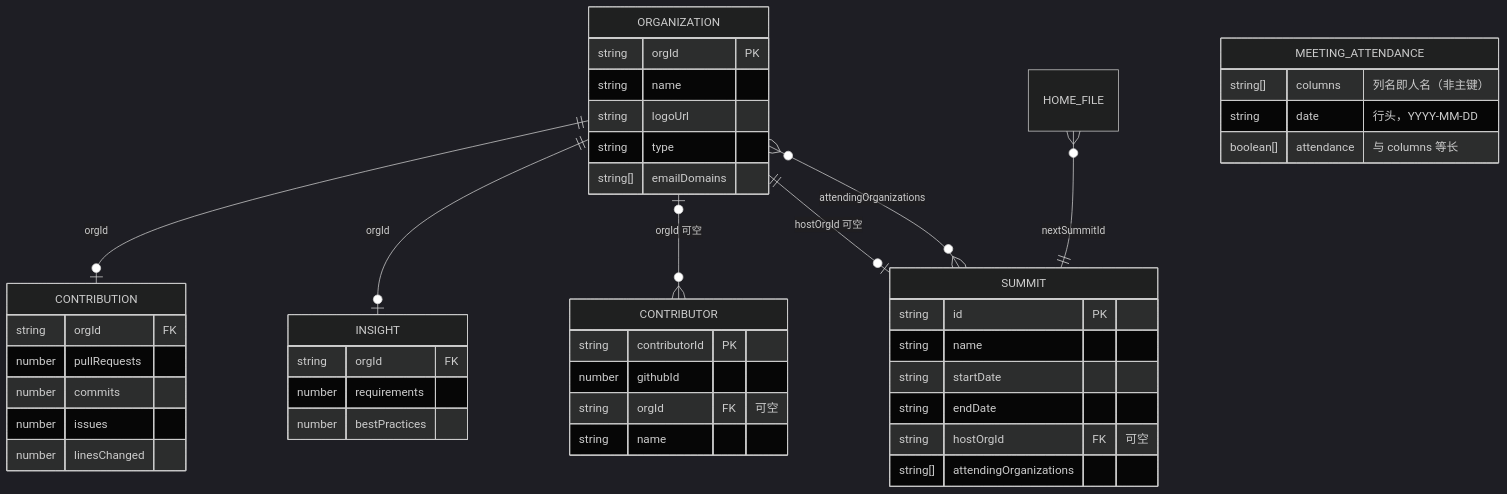
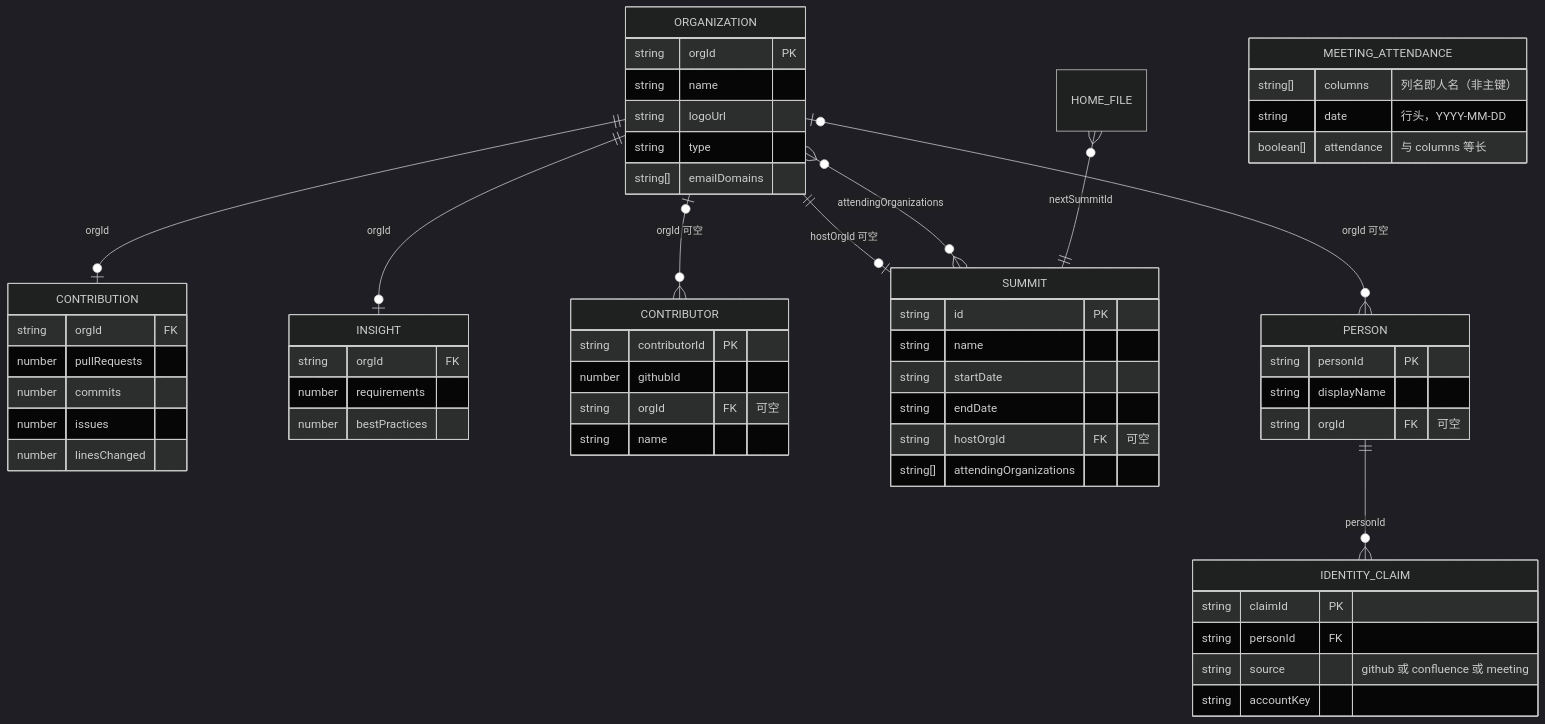
One commit to huang2001junjie-rgb/openan-operation-insights changed the diagram in docs/04-data-and-api-contract.md. Above: the diagram before and after it, drawn with Mermaid (dark theme). The commit also changed other lines of this file and 56 other files, not shown here.

````diff
--- a/docs/04-data-and-api-contract.md
+++ b/docs/04-data-and-api-contract.md
@@ -40,48 +44,61 @@
 ```mermaid
 erDiagram
   ORGANIZATION ||--o| CONTRIBUTION : "orgId"
   ORGANIZATION ||--o| INSIGHT : "orgId"
   ORGANIZATION |o--o{ CONTRIBUTOR : "orgId 可空"
   ORGANIZATION ||--o| SUMMIT : "hostOrgId 可空"
   ORGANIZATION }o--o{ SUMMIT : "attendingOrganizations"
   HOME_FILE }o--|| SUMMIT : "nextSummitId"
+  ORGANIZATION |o--o{ PERSON : "orgId 可空"
+  PERSON ||--o{ IDENTITY_CLAIM : "personId"
 
   ORGANIZATION {
     string orgId PK
     string name
     string logoUrl
     string type
     string[] emailDomains
   }
   CONTRIBUTION {
     string orgId FK
     number pullRequests
     number commits
     number issues
     number linesChanged
   }
   INSIGHT {
     string orgId FK
     number requirements
     number bestPractices
   }
   CONTRIBUTOR {
     string contributorId PK
     number githubId
     string orgId FK "可空"
     string name
   }
   SUMMIT {
     string id PK
     string name
     string startDate
     string endDate
     string hostOrgId FK "可空"
     string[] attendingOrganizations
   }
   MEETING_ATTENDANCE {
     string[] columns "列名即人名（非主键）"
     string date "行头，YYYY-MM-DD"
     boolean[] attendance "与 columns 等长"
   }
+  PERSON {
+    string personId PK
+    string displayName
+    string orgId FK "可空"
+  }
+  IDENTITY_CLAIM {
+    string claimId PK
+    string personId FK
+    string source "github 或 confluence 或 meeting"
+    string accountKey
+  }
 ```
````
